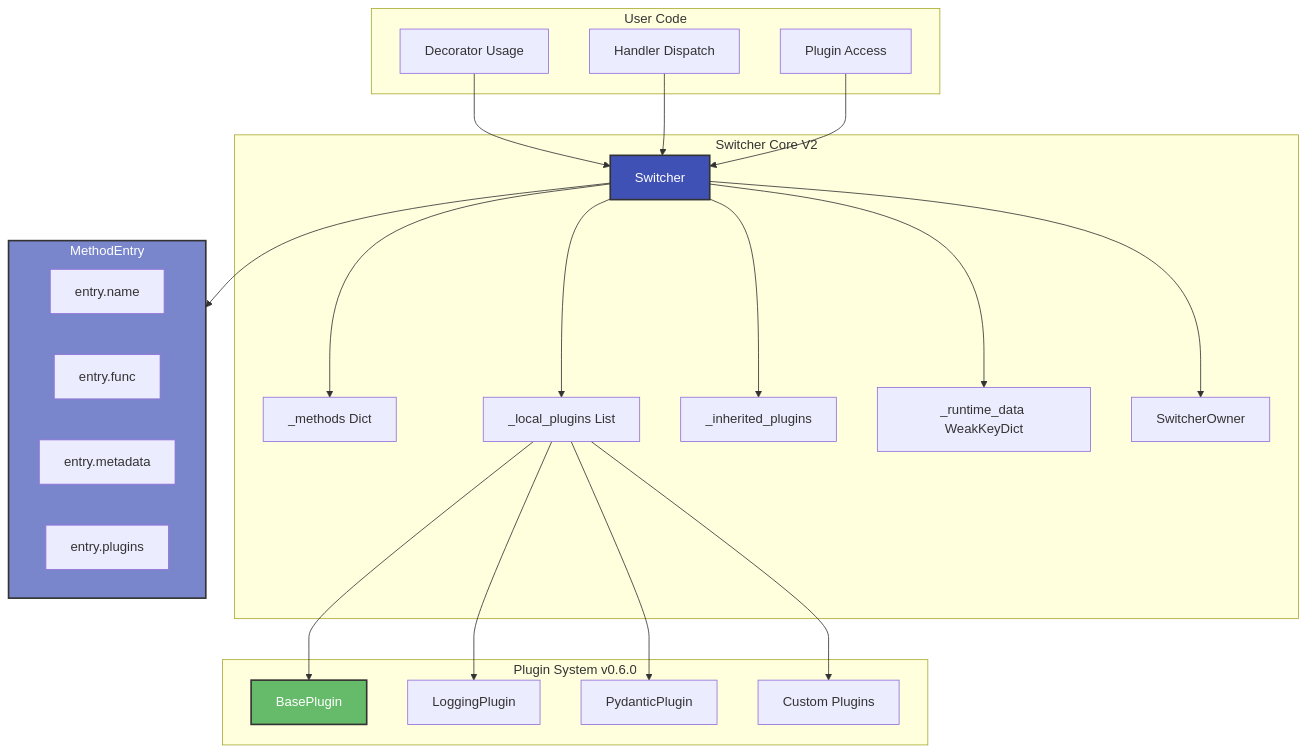
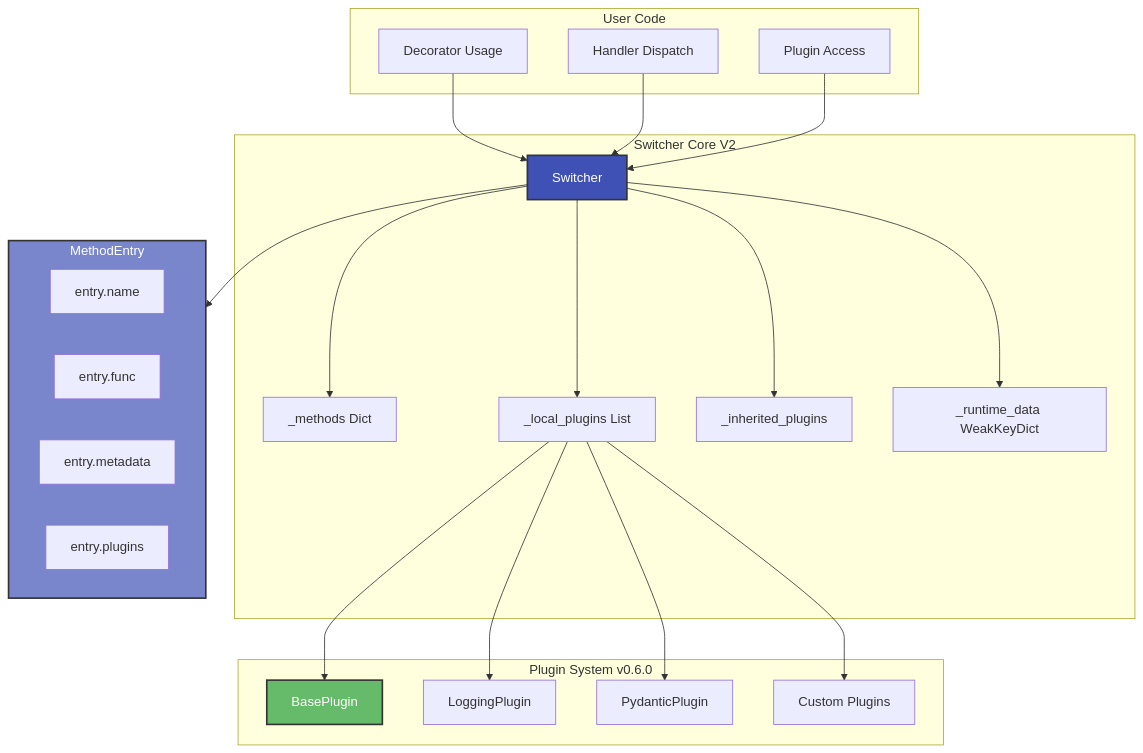
Before and after one commit to genropy/smartswitch: the first of 5 diagrams in docs/appendix/architecture.md, drawn with Mermaid. The commit also changed other lines of this file and 5 other files, not shown here.

First line of the commit message:
refactor: remove SwitcherOwner base class requirement

````diff
--- a/docs/appendix/architecture.md
+++ b/docs/appendix/architecture.md
@@ -9,49 +9,47 @@
 ```mermaid
 graph TB
     subgraph UserCode[User Code]
         U1[Decorator Usage]
         U2[Handler Dispatch]
         U3[Plugin Access]
     end
 
     subgraph SwitcherCore[Switcher Core V2]
         SW[Switcher]
         ME[_methods Dict]
         PL[_local_plugins List]
         IP[_inherited_plugins]
         RD[_runtime_data WeakKeyDict]
-        SO[SwitcherOwner]
     end
 
     subgraph PluginSystem[Plugin System v0.6.0]
         BP[BasePlugin]
         LP[LoggingPlugin]
         PP[PydanticPlugin]
         CP[Custom Plugins]
     end
 
     subgraph MethodEntry[MethodEntry]
         EN[entry.name]
         EF[entry.func]
         EM[entry.metadata]
         EP[entry.plugins]
     end
 
     U1 --> SW
     U2 --> SW
     U3 --> SW
     SW --> ME
     SW --> PL
     SW --> IP
     SW --> RD
-    SW --> SO
     SW --> MethodEntry
     PL --> BP
     PL --> LP
     PL --> PP
     PL --> CP
 
     style SW fill:#4051b5,stroke:#333,stroke-width:2px,color:#fff
     style MethodEntry fill:#7986cb,stroke:#333,stroke-width:2px,color:#fff
     style BP fill:#66bb6a,stroke:#333,stroke-width:2px,color:#fff
 ```
````
